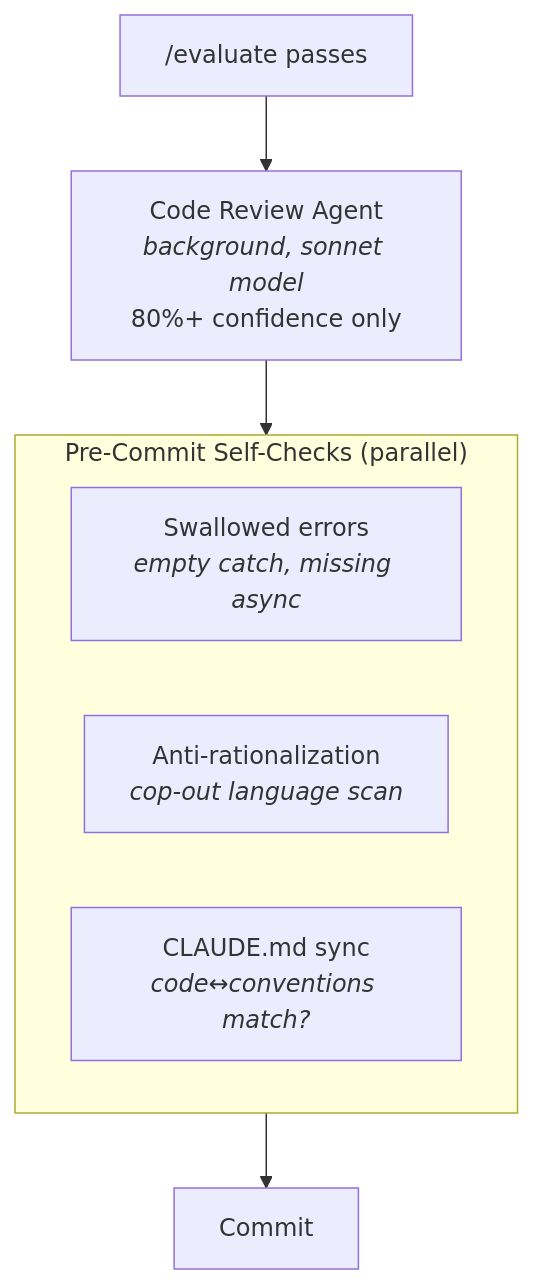
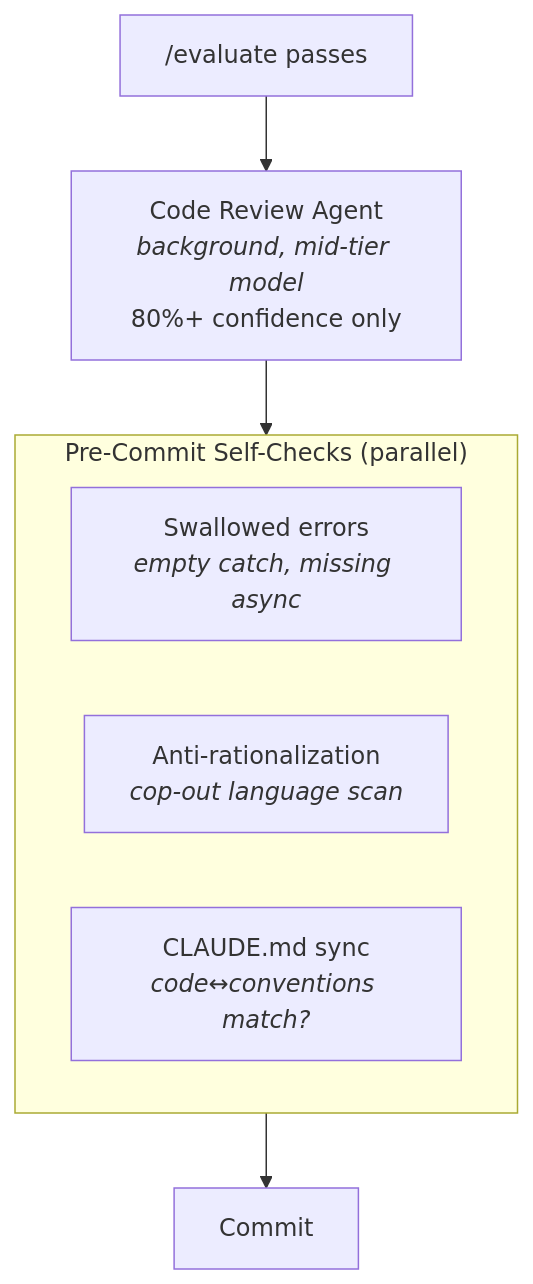
One commit to acighi/how-i-claude changed the ninth of 11 diagrams in README.md. Above: the diagram before and after it, drawn with Mermaid. The commit also changed other lines of this file, not shown here.

````diff
--- a/README.md
+++ b/README.md
@@ -570,14 +608,14 @@
 ```mermaid
 flowchart TD
-    EV["/evaluate passes"] --> CR["Code Review Agent<br/><i>background, sonnet model</i><br/>80%+ confidence only"]
+    EV["/evaluate passes"] --> CR["Code Review Agent<br/><i>background, mid-tier model</i><br/>80%+ confidence only"]
     CR --> SC["Self-Checks<br/><i>parallel, before commit</i>"]
 
     subgraph SC["Pre-Commit Self-Checks (parallel)"]
         direction LR
         S1["Swallowed errors<br/><i>empty catch, missing async</i>"]
         S2["Anti-rationalization<br/><i>cop-out language scan</i>"]
         S3["CLAUDE.md sync<br/><i>code↔conventions match?</i>"]
     end
 
     SC --> COMMIT["Commit"]
 ```
````
